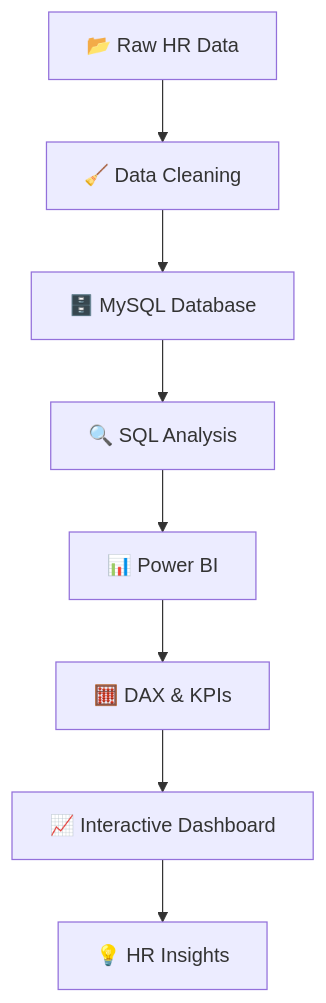
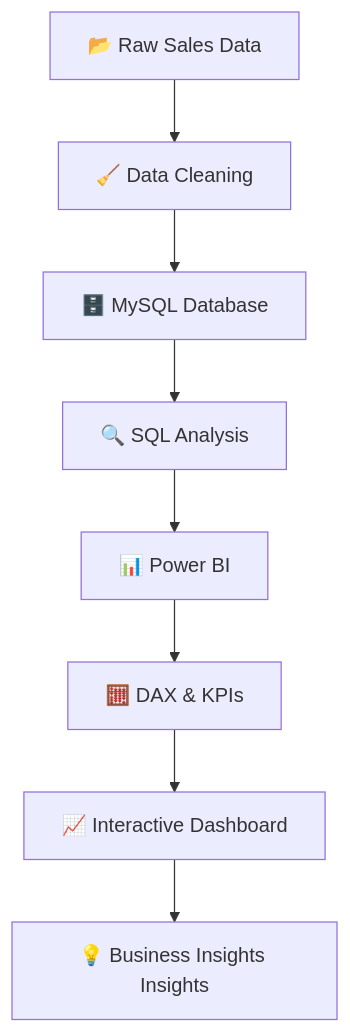
One commit to tanishakumari939-alt/Credit_Card_Financial_Dashboard changed the diagram in README.md. Above: the diagram before and after it, drawn with Mermaid.

````diff
--- a/README.md
+++ b/README.md
@@ -202,10 +202,10 @@
 ```mermaid
 flowchart TD
-    A[📂 Raw HR Data] --> B[🧹 Data Cleaning]
+    A[📂 Raw Sales Data] --> B[🧹 Data Cleaning]
     B --> C[🗄️ MySQL Database]
     C --> D[🔍 SQL Analysis]
     D --> E[📊 Power BI]
     E --> F[🧮 DAX & KPIs]
     F --> G[📈 Interactive Dashboard]
-    G --> H[💡 HR Insights]
+    G --> H[💡 Business Insights Insights]
 ```
````
